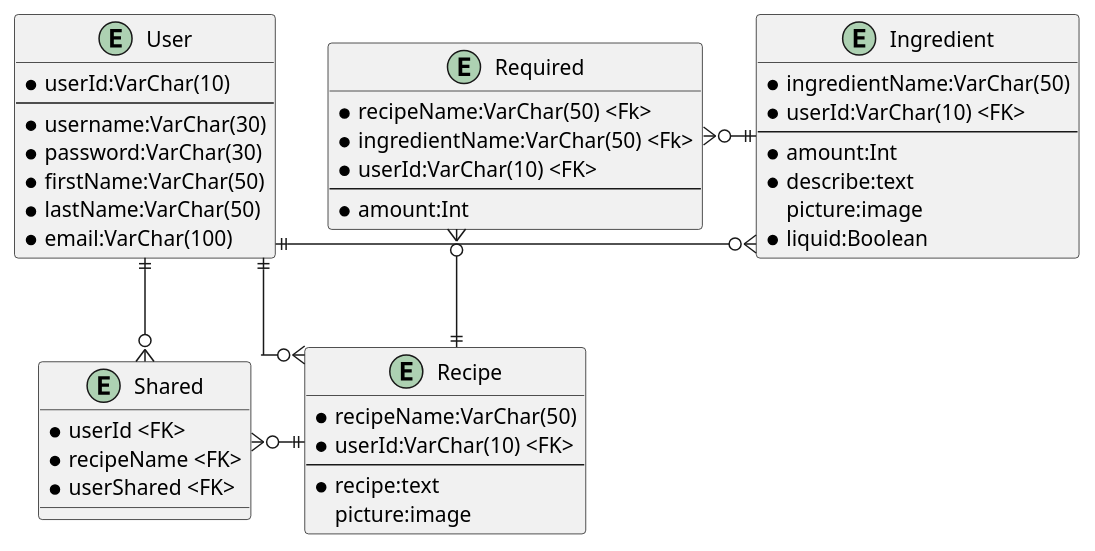
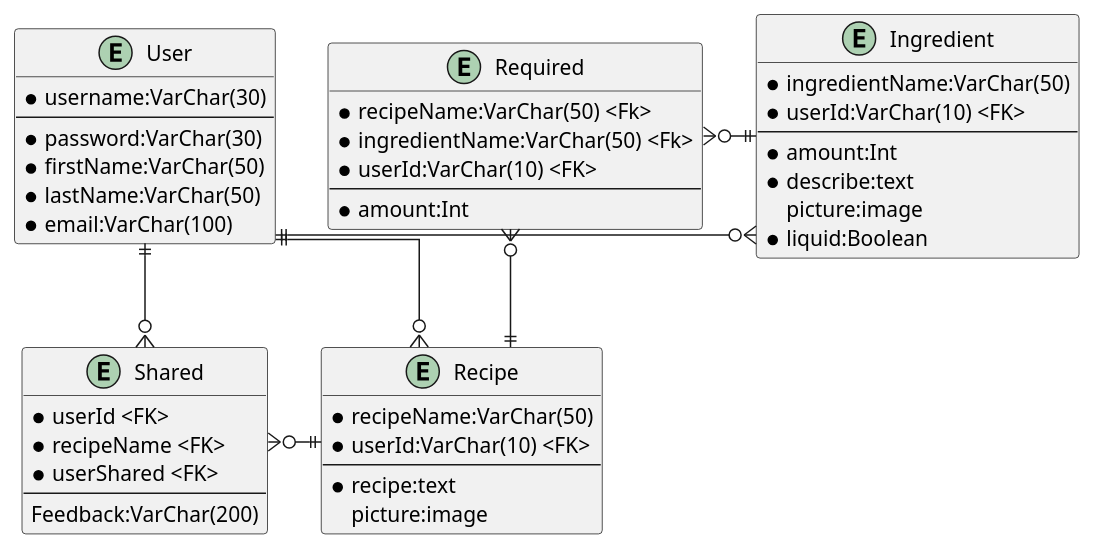
Before and after one commit to bluewolf44/PantryPal: the diagram in Diagrams/BTeamERD.puml, drawn with PlantUML. The commit also changed 1 other file, not shown here.

Commit message:
added feedback to the system
Note set one per person.
If we want to do multiple people I'll add another entity

```diff
--- a/Diagrams/BTeamERD.puml
+++ b/Diagrams/BTeamERD.puml
@@ -1,55 +1,68 @@
 @startuml
 
 skinparam linetype polyline
 skinparam linetype ortho
 
     entity User {
-        * userId:VarChar(10)
+        * username:VarChar(30)
         --
-        * username:VarChar(30)
         * password:VarChar(30)
         * firstName:VarChar(50)
         * lastName:VarChar(50)
         * email:VarChar(100)
     }
 
     entity Ingredient {
         * ingredientName:VarChar(50)
         * userId:VarChar(10) <FK>
         --
         * amount:Int
         * describe:text
         picture:image
         * liquid:Boolean
     }
 
     entity Recipe {
         * recipeName:VarChar(50)
         * userId:VarChar(10) <FK>
         --
         * recipe:text
         picture:image
     }
 
     entity Required {
         * recipeName:VarChar(50) <Fk>
         * ingredientName:VarChar(50) <Fk>
         * userId:VarChar(10) <FK>
         --
         * amount:Int
     }
 
     entity Shared {
         * userId <FK>
         * recipeName <FK>
         * userShared <FK>
+        --
+        Feedback:VarChar(200)
     }
+
+'Break if more that one feedback perperson
+
+'    entity Feedback {
+'        * userId <FK>
+'        * recipeName <FK>
+'       * userShared <FK>
+'        * index:Int
+'        --
+'        * Feedback:VarChar(200)
+'    }
+
 
     User ||-o{ Ingredient
     User ||-o{ Recipe
     Required }o-|| Recipe
     Required }o-|| Ingredient
     Shared }o-||Recipe
     User ||--o{Shared
 
 @enduml
```
